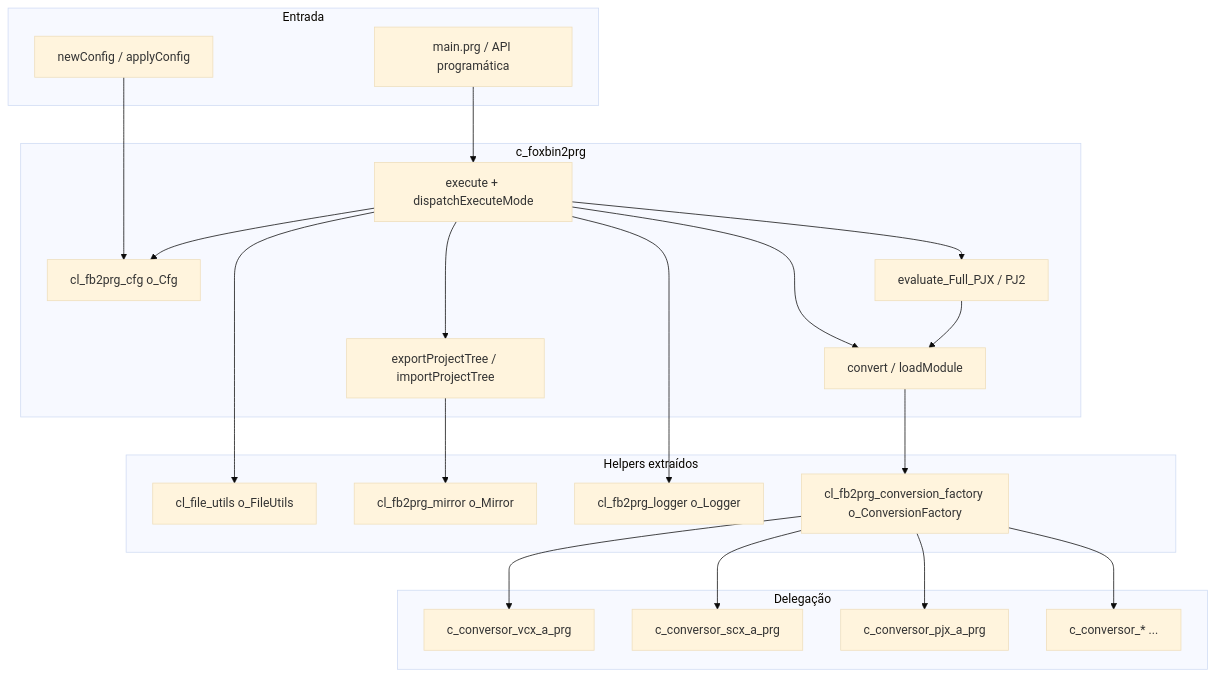
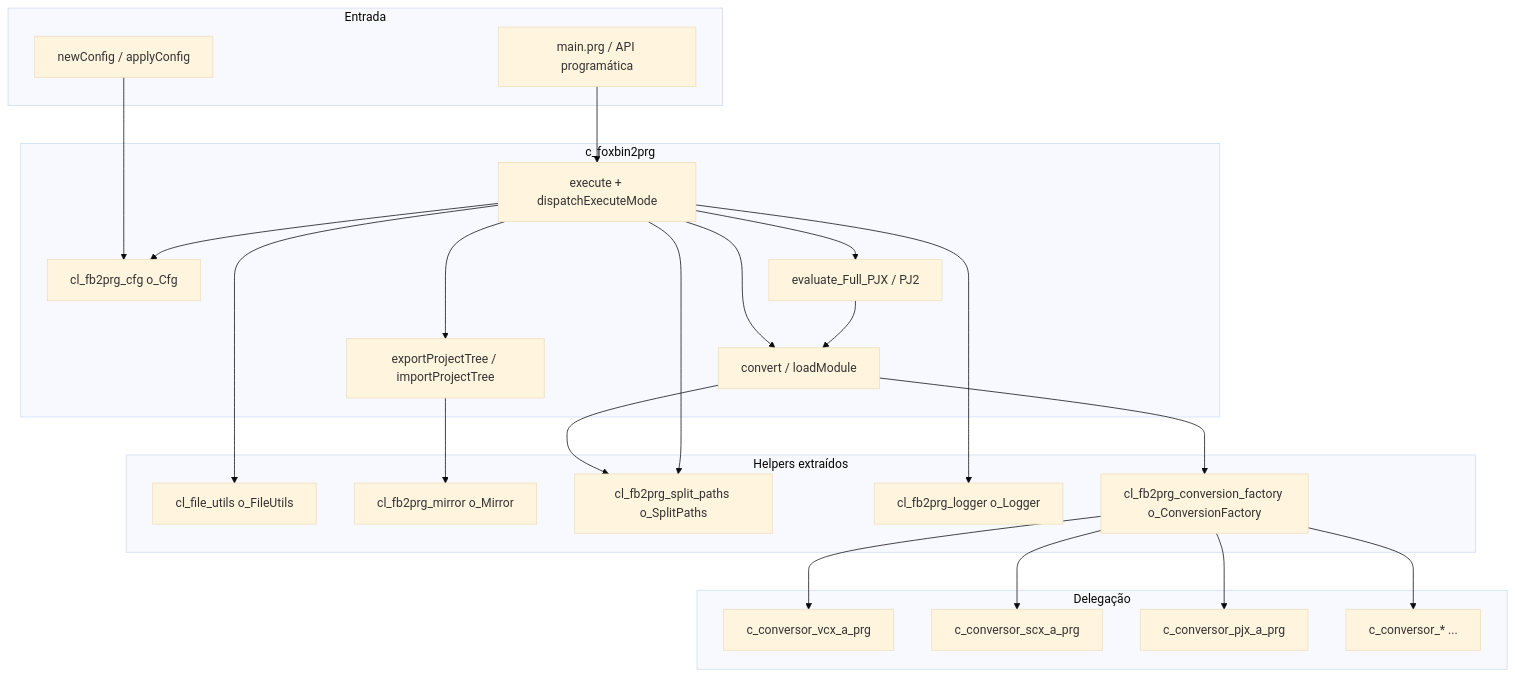
One commit to lkmatsumura/foxbin2prg changed the first of 3 diagrams in docs/c_foxbin2prg_ClassAnalysis.md. Above: the diagram before and after it, drawn with Mermaid (base theme). The commit also changed other lines of this file and 5 other files, not shown here.

First line of the commit message:
feat: Introduce cl_fb2prg_split_paths for enhanced path management

````diff
--- a/docs/c_foxbin2prg_ClassAnalysis.md
+++ b/docs/c_foxbin2prg_ClassAnalysis.md
@@ -13,42 +13,45 @@
 ```mermaid
 flowchart TB
     subgraph entrada [Entrada]
         CLI[main.prg / API programática]
         CFG[newConfig / applyConfig]
     end
 
     subgraph core [c_foxbin2prg]
         EXEC[execute + dispatchExecuteMode]
         CFGM[cl_fb2prg_cfg o_Cfg]
         CONV[convert / loadModule]
         PROJ[evaluate_Full_PJX / PJ2]
         MIRR[exportProjectTree / importProjectTree]
     end
 
     subgraph helpers [Helpers extraídos]
         FU[cl_file_utils o_FileUtils]
         MIR[cl_fb2prg_mirror o_Mirror]
+        SPL[cl_fb2prg_split_paths o_SplitPaths]
         LOG[cl_fb2prg_logger o_Logger]
         FAC[cl_fb2prg_conversion_factory o_ConversionFactory]
     end
 
     subgraph delegacao [Delegação]
         CVX[c_conversor_vcx_a_prg]
         SCX[c_conversor_scx_a_prg]
         PJX[c_conversor_pjx_a_prg]
         OUT[c_conversor_* ...]
     end
 
     CLI --> EXEC
     CFG --> CFGM
     EXEC --> CFGM
     EXEC --> PROJ
     EXEC --> CONV
     EXEC --> MIRR
     PROJ --> CONV
     MIRR --> MIR
+    CONV --> SPL
+    EXEC --> SPL
     EXEC --> FU
     CONV --> FAC
     FAC --> CVX & SCX & PJX & OUT
     EXEC --> LOG
 ```
````
